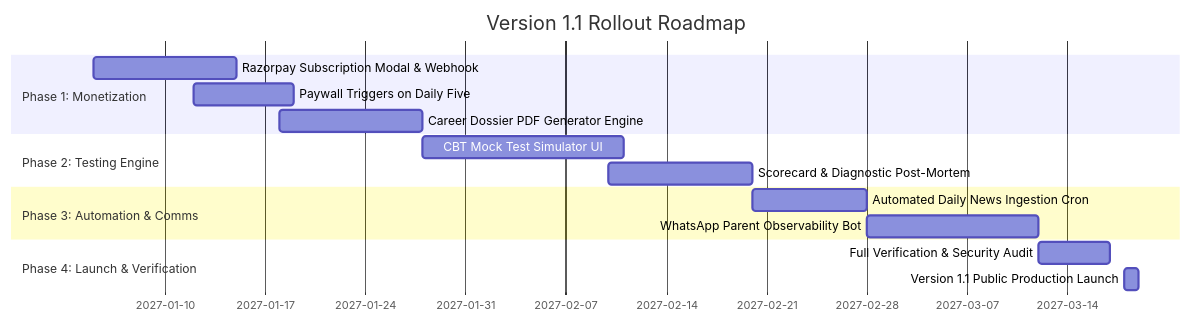
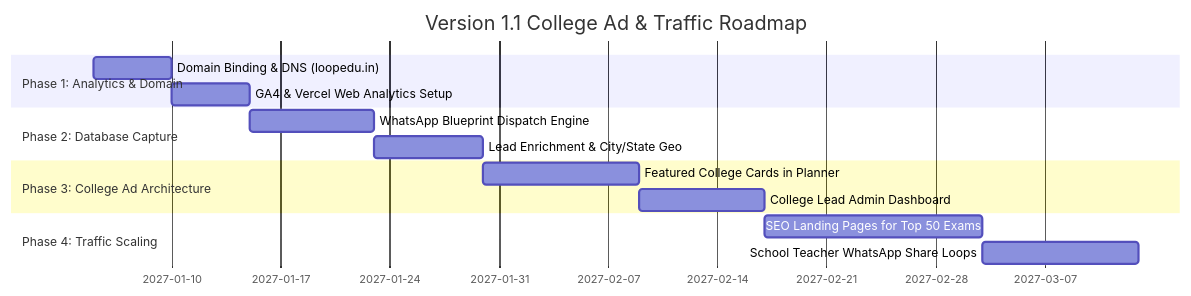
The second of 2 diagrams in VERSION_1.1_PLAN.md (computegurus-spec/loopedu), drawn with Mermaid before and after one commit. The commit also changed other lines of this file, not shown here.

Commit message:
docs: align Version 1.1 plan with college ad revenue model and traffic analytics

````diff
--- a/VERSION_1.1_PLAN.md
+++ b/VERSION_1.1_PLAN.md
@@ -93,18 +96,17 @@
 ```mermaid
 gantt
-    title Version 1.1 Rollout Roadmap
+    title Version 1.1 College Ad & Traffic Roadmap
     dateFormat  YYYY-MM-DD
-    section Phase 1: Monetization
-    Razorpay Subscription Modal & Webhook :2027-01-05, 10d
-    Paywall Triggers on Daily Five       :2027-01-12, 7d
-    Career Dossier PDF Generator Engine   :2027-01-18, 10d
-    section Phase 2: Testing Engine
-    CBT Mock Test Simulator UI            :2027-01-28, 14d
-    Scorecard & Diagnostic Post-Mortem   :2027-02-10, 10d
-    section Phase 3: Automation & Comms
-    Automated Daily News Ingestion Cron  :2027-02-20, 8d
-    WhatsApp Parent Observability Bot     :2027-02-28, 12d
-    section Phase 4: Launch & Verification
-    Full Verification & Security Audit   :2027-03-12, 5d
-    Version 1.1 Public Production Launch :2027-03-18, 1d
+    section Phase 1: Analytics & Domain
+    Domain Binding & DNS (loopedu.in)     :2027-01-05, 5d
+    GA4 & Vercel Web Analytics Setup      :2027-01-10, 5d
+    section Phase 2: Database Capture
+    WhatsApp Blueprint Dispatch Engine    :2027-01-15, 8d
+    Lead Enrichment & City/State Geo      :2027-01-23, 7d
+    section Phase 3: College Ad Architecture
+    Featured College Cards in Planner     :2027-01-30, 10d
+    College Lead Admin Dashboard          :2027-02-09, 8d
+    section Phase 4: Traffic Scaling
+    SEO Landing Pages for Top 50 Exams    :2027-02-17, 14d
+    School Teacher WhatsApp Share Loops   :2027-03-03, 10d
 ```
````
